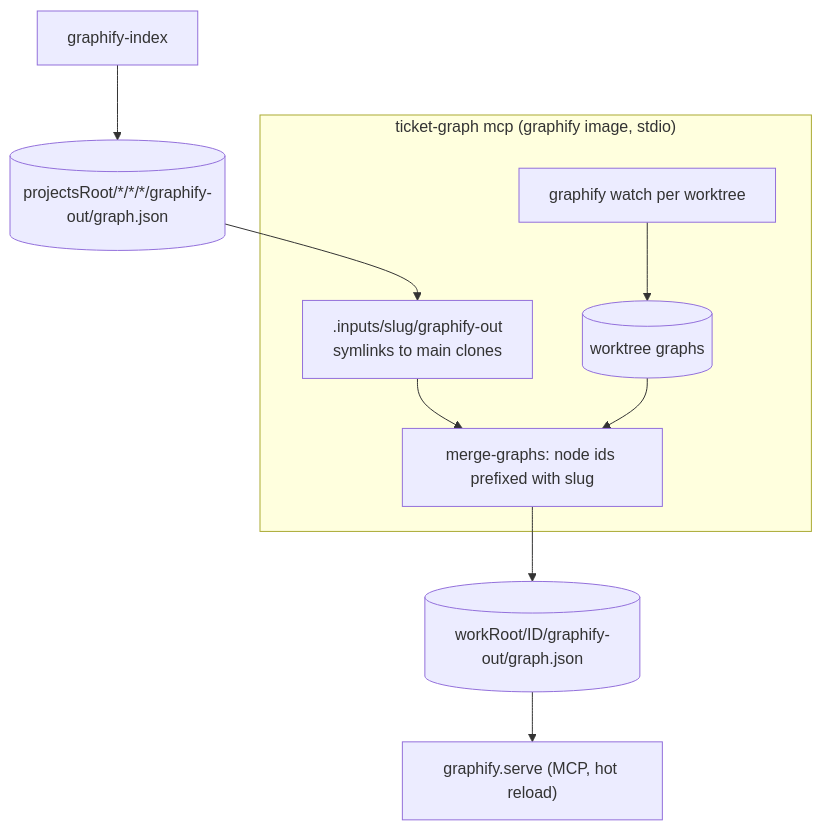
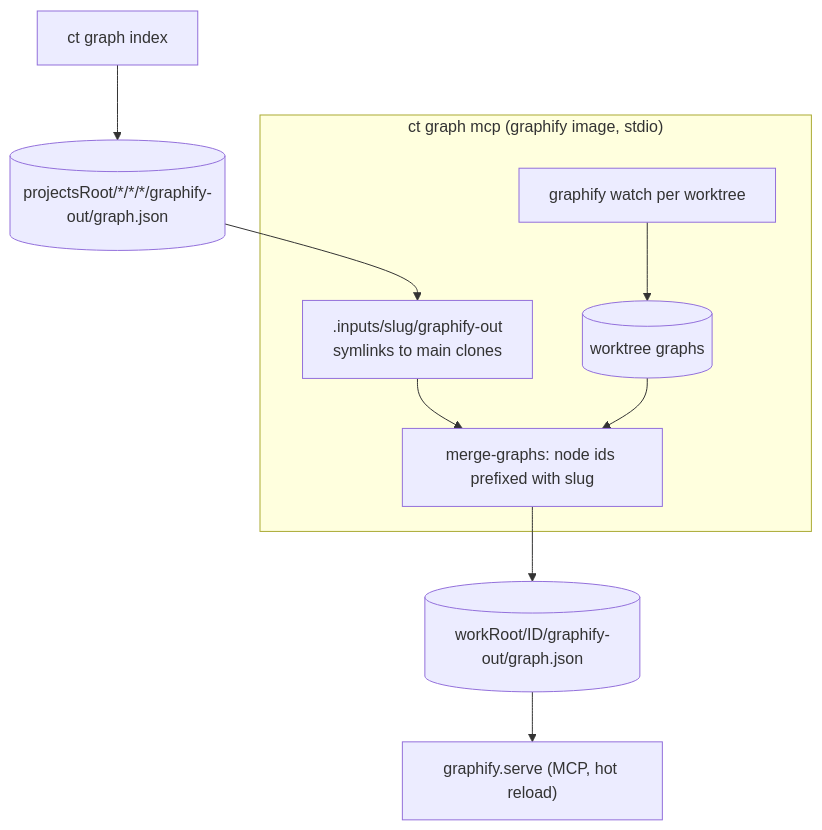
The sixth of 6 diagrams in README.md (zero4573/claude-tickets), drawn with Mermaid before and after one commit. The commit also changed other lines of this file and 57 other files, not shown here.

````diff
--- a/README.md
+++ b/README.md
@@ -360,11 +377,11 @@
 ```mermaid
 flowchart TB
-  idx["graphify-index"] --> mg[("projectsRoot/*/*/*/graphify-out/graph.json")]
-  subgraph server["ticket-graph mcp (graphify image, stdio)"]
+  idx["ct graph index"] --> mg[("projectsRoot/*/*/*/graphify-out/graph.json")]
+  subgraph server["ct graph mcp (graphify image, stdio)"]
     watch["graphify watch per worktree"] --> wg[(worktree graphs)]
     links[".inputs/slug/graphify-out<br/>symlinks to main clones"]
     merge["merge-graphs: node ids prefixed with slug"]
   end
   mg --> links --> merge
   wg --> merge --> out[("workRoot/ID/graphify-out/graph.json")] --> serve["graphify.serve (MCP, hot reload)"]
 ```
````
